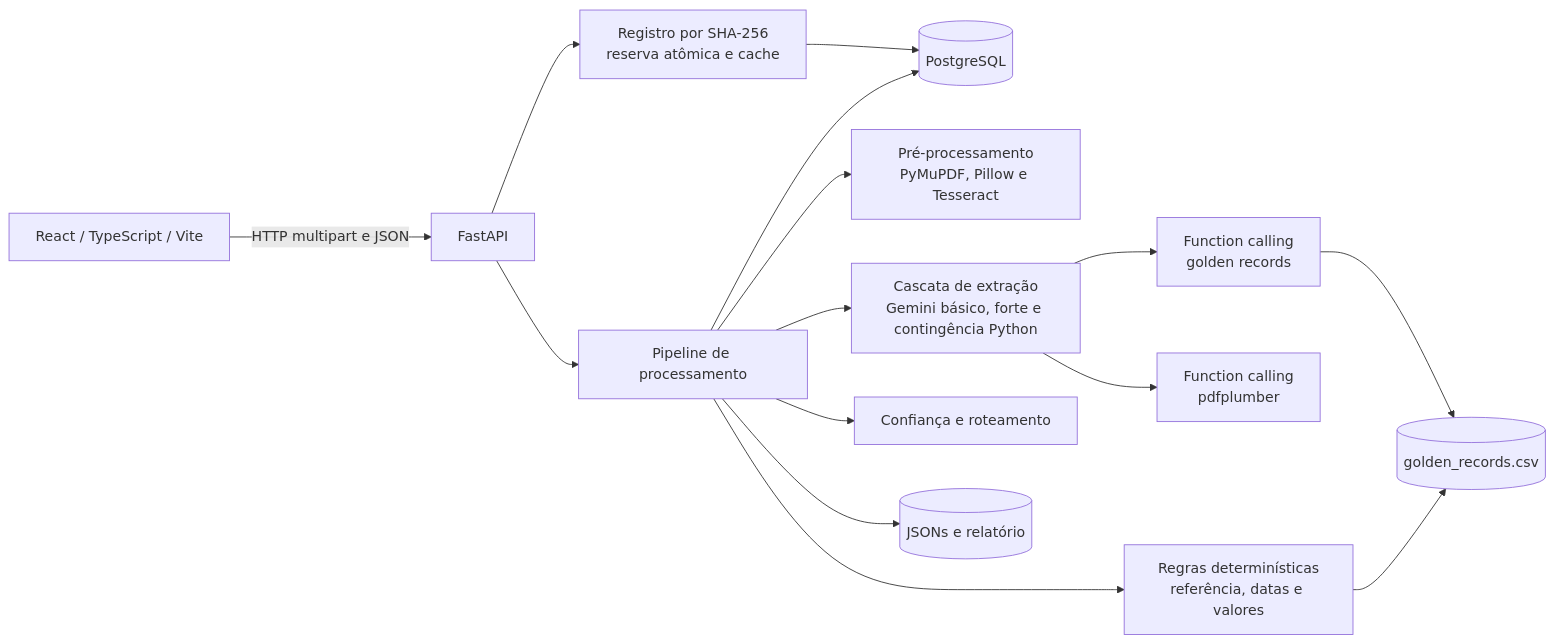
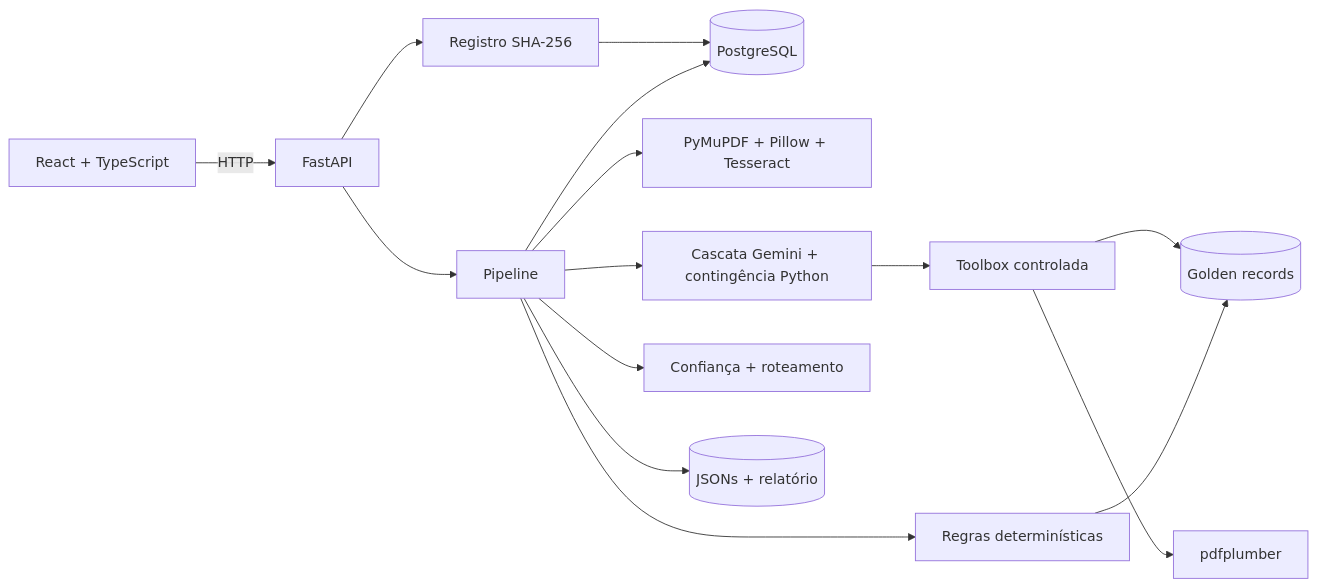
One commit to GMiraaa/fintrace changed the second of 2 diagrams in README.md. Above: the diagram before and after it, drawn with Mermaid. The commit also changed other lines of this file and 32 other files, not shown here.

````diff
--- a/README.md
+++ b/README.md
@@ -136,17 +255,17 @@
 ```mermaid
 flowchart LR
-    UI[React / TypeScript / Vite] -->|HTTP multipart e JSON| API[FastAPI]
-    API --> REG[Registro por SHA-256<br/>reserva atômica e cache]
+    UI[React + TypeScript] -->|HTTP| API[FastAPI]
+    API --> REG[Registro SHA-256]
     REG --> PG[(PostgreSQL)]
-    API --> PIPE[Pipeline de processamento]
-    PIPE --> DOC[Pré-processamento<br/>PyMuPDF, Pillow e Tesseract]
-    PIPE --> CASCADE[Cascata de extração<br/>Gemini básico, forte e contingência Python]
-    CASCADE --> REFTOOL[Function calling<br/>golden records]
-    CASCADE --> PDFTOOL[Function calling<br/>pdfplumber]
-    PIPE --> RULES[Regras determinísticas<br/>referência, datas e valores]
-    PIPE --> CONF[Confiança e roteamento]
-    REFTOOL --> CSV[(golden_records.csv)]
+    API --> PIPE[Pipeline]
+    PIPE --> DOC[PyMuPDF + Pillow + Tesseract]
+    PIPE --> AI[Cascata Gemini + contingência Python]
+    AI --> BOX[Toolbox controlada]
+    BOX --> CSV[(Golden records)]
+    BOX --> PDF[pdfplumber]
+    PIPE --> RULES[Regras determinísticas]
     RULES --> CSV
-    PIPE --> JSON[(JSONs e relatório)]
+    PIPE --> CONF[Confiança + roteamento]
+    PIPE --> OUT[(JSONs + relatório)]
     PIPE --> PG
 ```
````
